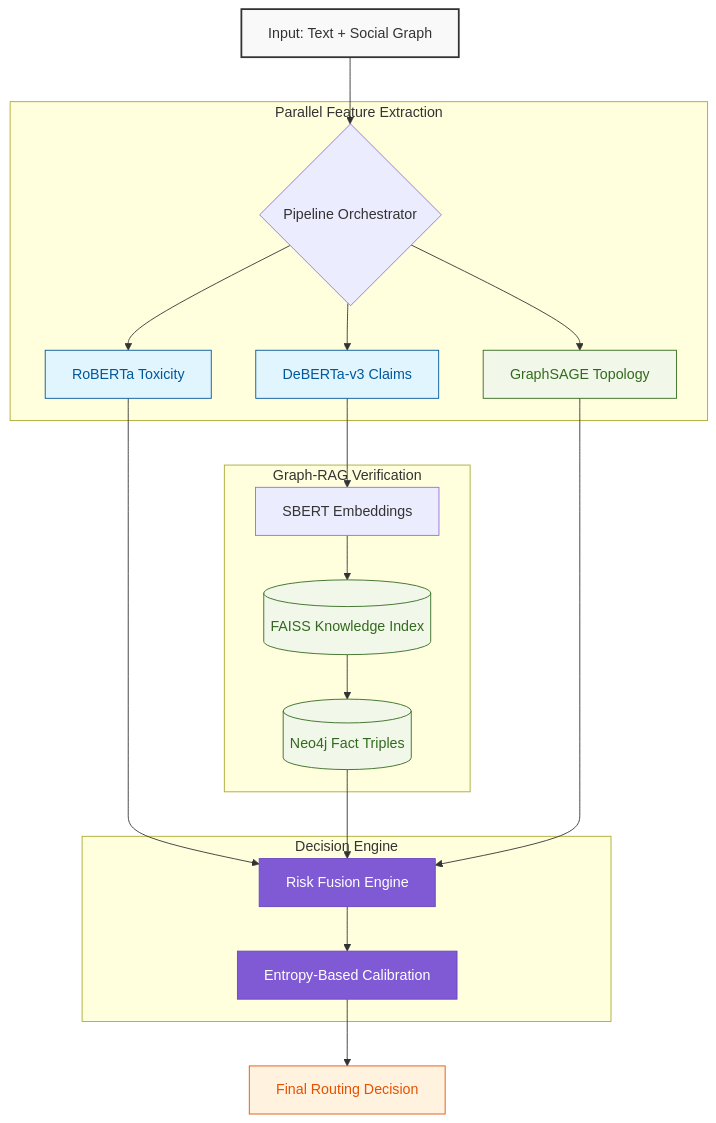
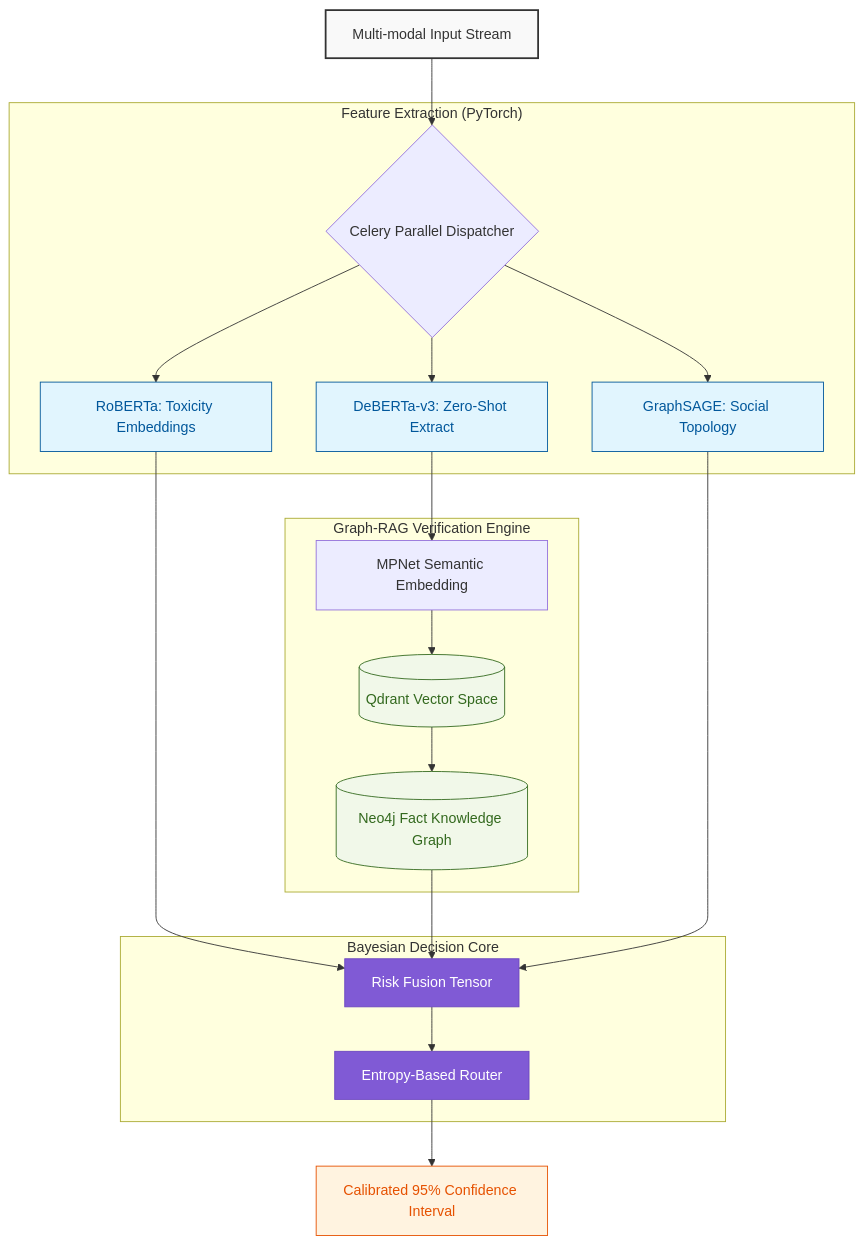
The diagram in README.md (kunal-gh/OSKAR), drawn with Mermaid before and after one commit. The commit also changed other lines of this file, not shown here.

````diff
--- a/README.md
+++ b/README.md
@@ -55,31 +43,31 @@
 ```mermaid
 graph TD
     classDef input_style fill:#f9f9f9,stroke:#333,stroke-width:2px;
     classDef nlp_style fill:#e1f5fe,stroke:#01579b,color:#01579b;
     classDef data_style fill:#f1f8e9,stroke:#33691e,color:#33691e;
     classDef core_style fill:#805ad5,stroke:#6b46c1,color:#fff;
     classDef exit_style fill:#fff3e0,stroke:#e65100,color:#e65100;
 
-    START[Input: Text + Social Graph]:::input_style --> ORCH{Pipeline Orchestrator}
+    START[Multi-modal Input Stream]:::input_style --> ORCH{Celery Parallel Dispatcher}
     
-    subgraph "Parallel Feature Extraction"
-        ORCH --> HATE[RoBERTa Toxicity]:::nlp_style
-        ORCH --> CLAIM[DeBERTa-v3 Claims]:::nlp_style
-        ORCH --> GNN[GraphSAGE Topology]:::data_style
+    subgraph "Feature Extraction (PyTorch)"
+        ORCH --> HATE[RoBERTa: Toxicity Embeddings]:::nlp_style
+        ORCH --> CLAIM[DeBERTa-v3: Zero-Shot Extract]:::nlp_style
+        ORCH --> GNN[GraphSAGE: Social Topology]:::nlp_style
     end
 
-    subgraph "Graph-RAG Verification"
-        CLAIM --> EMB[SBERT Embeddings]
-        EMB --> FAISS[(FAISS Knowledge Index)]:::data_style
-        FAISS --> N4J[(Neo4j Fact Triples)]:::data_style
+    subgraph "Graph-RAG Verification Engine"
+        CLAIM --> EMB[MPNet Semantic Embedding]
+        EMB --> FAISS[(Qdrant Vector Space)]:::data_style
+        FAISS --> N4J[(Neo4j Fact Knowledge Graph)]:::data_style
     end
 
-    subgraph "Decision Engine"
-        HATE --> FUSION[Risk Fusion Engine]:::core_style
+    subgraph "Bayesian Decision Core"
+        HATE --> FUSION[Risk Fusion Tensor]:::core_style
         N4J --> FUSION
         GNN --> FUSION
-        FUSION --> CAL[Entropy-Based Calibration]:::core_style
+        FUSION --> CAL[Entropy-Based Router]:::core_style
     end
 
-    CAL --> VERDICT[Final Routing Decision]:::exit_style
+    CAL --> VERDICT[Calibrated 95% Confidence Interval]:::exit_style
 ```
````
